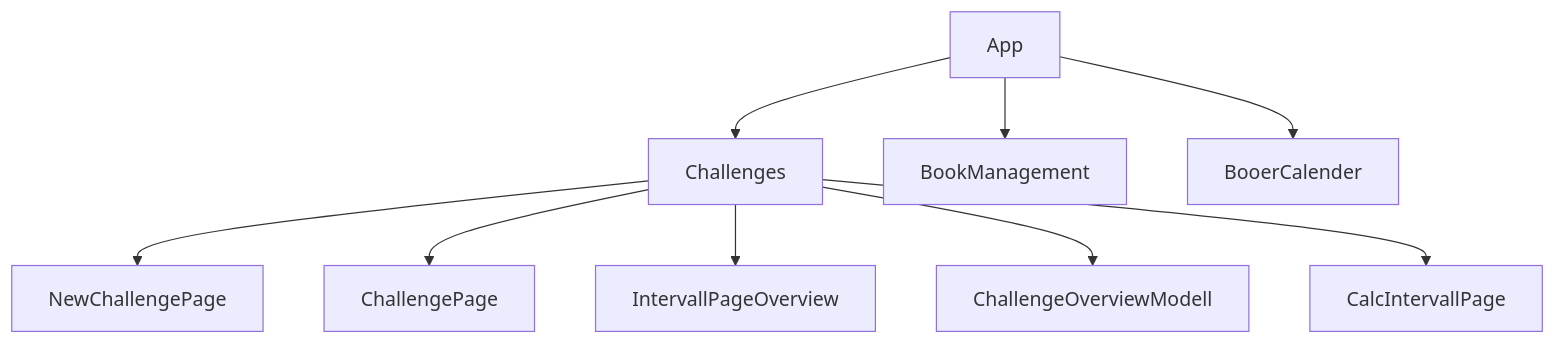
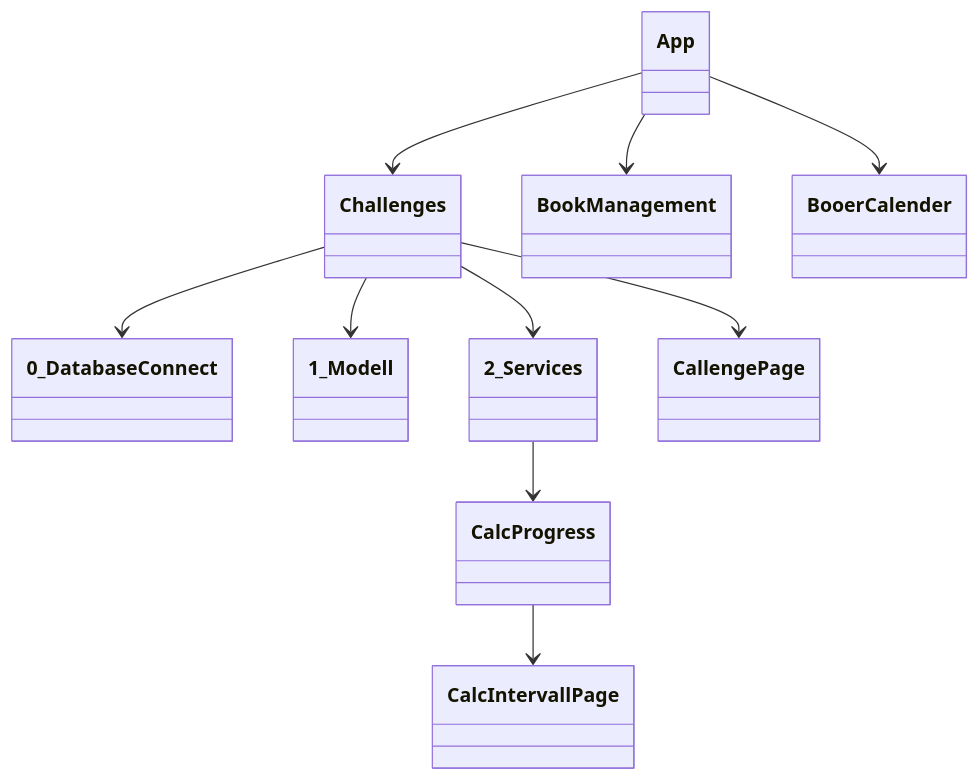
One commit to Biblogy/App changed the diagram in Documentaion/ClassOverview.md. Above: the diagram before and after it, drawn with Mermaid. The commit also changed other lines of this file and 8 other files, not shown here.

Commit message:
add day challenge calc

````diff
--- a/Documentaion/ClassOverview.md
+++ b/Documentaion/ClassOverview.md
@@ -1,13 +8,17 @@
 ```mermaid
-flowchart TD 
-App --> Challenges 
-App --> BookManagement 
-App --> BooerCalender
+classDiagram
+    App --> Challenges 
+    App --> BookManagement 
+    App --> BooerCalender
 
-Challenges --> NewChallengePage
-Challenges --> ChallengePage
-Challenges --> IntervallPageOverview
-Challenges --> ChallengeOverviewModell
-Challenges --> CalcIntervallPage
+    Challenges --> 0_DatabaseConnect
+    Challenges --> 1_Modell
+    Challenges --> 2_Services
+    2_Services --> CalcProgress 
+    CalcProgress --> CalcIntervallPage
+
+
+    
+    Challenges --> CallengePage
 
 ```
````
